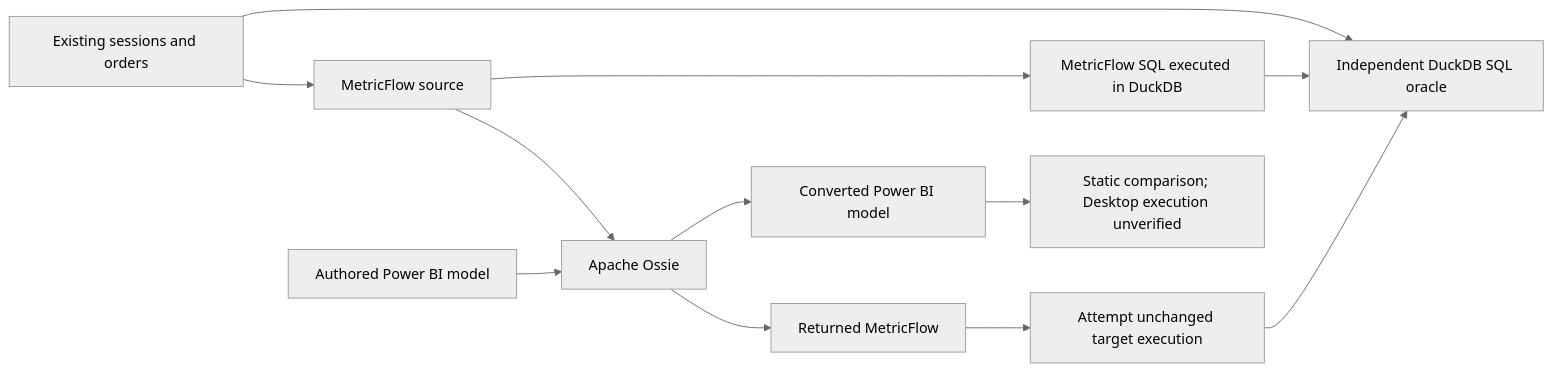
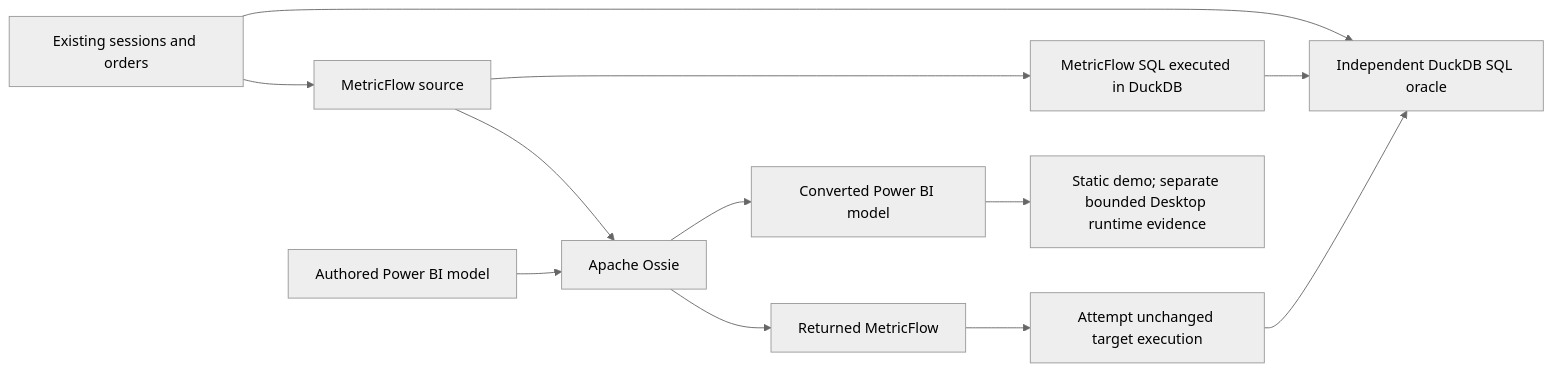
The diagram in labs/semantic_interop/showcase/QUICKSTART.md (JanNeoV/pbi-osi-converter), drawn with Mermaid (neutral theme) before and after one commit. The commit also changed other lines of this file and 26 other files, not shown here.

Commit message:
docs: publish bounded Power BI runtime evidence and selector experiment

````diff
--- a/labs/semantic_interop/showcase/QUICKSTART.md
+++ b/labs/semantic_interop/showcase/QUICKSTART.md
@@ -16,14 +16,14 @@
 ```mermaid
 flowchart LR
   F[Existing sessions and orders] --> M[MetricFlow source]
   F --> Q[Independent DuckDB SQL oracle]
   M --> O[Apache Ossie]
   P[Authored Power BI model] --> O
   O --> R[Returned MetricFlow]
   O --> B[Converted Power BI model]
   M --> E[MetricFlow SQL executed in DuckDB]
   R --> A[Attempt unchanged target execution]
   E --> Q
   A --> Q
-  B --> S[Static comparison; Desktop execution unverified]
+  B --> S[Static demo; separate bounded Desktop runtime evidence]
 ```
````
